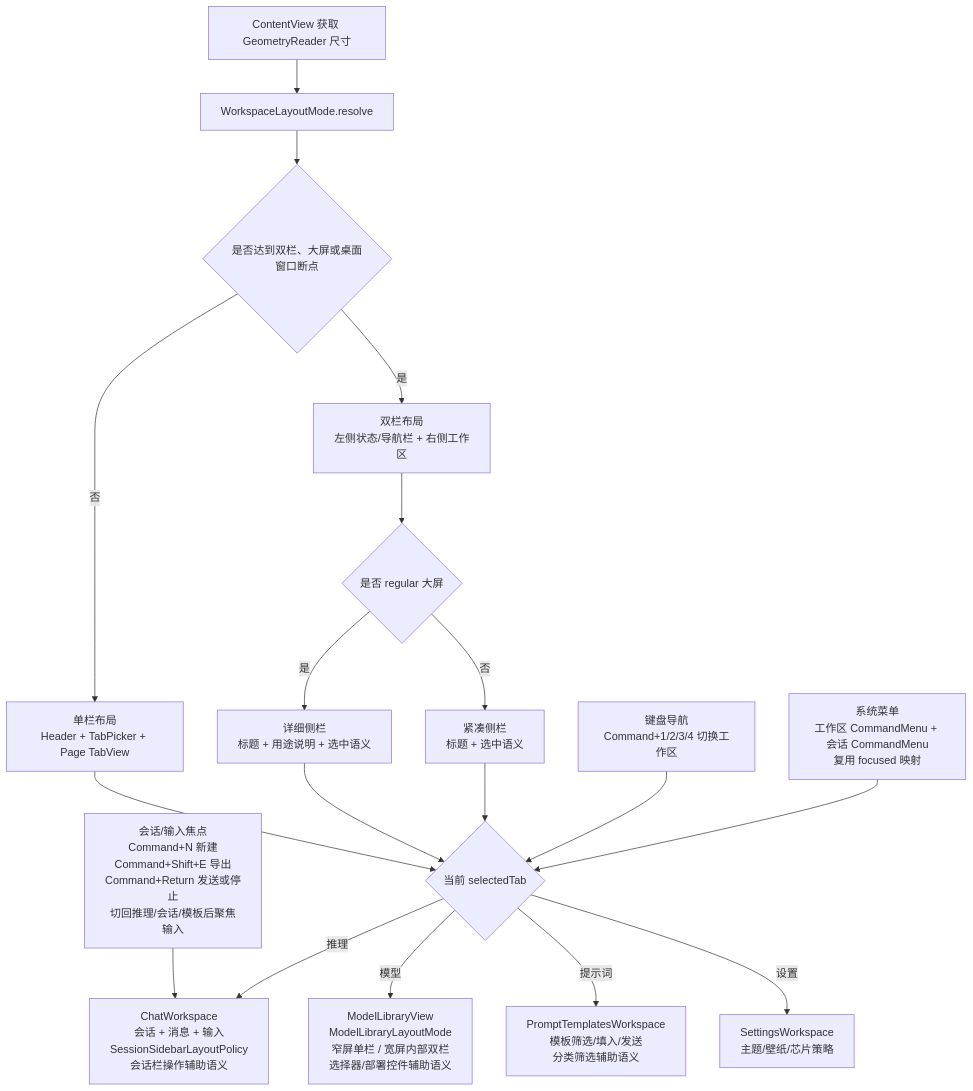
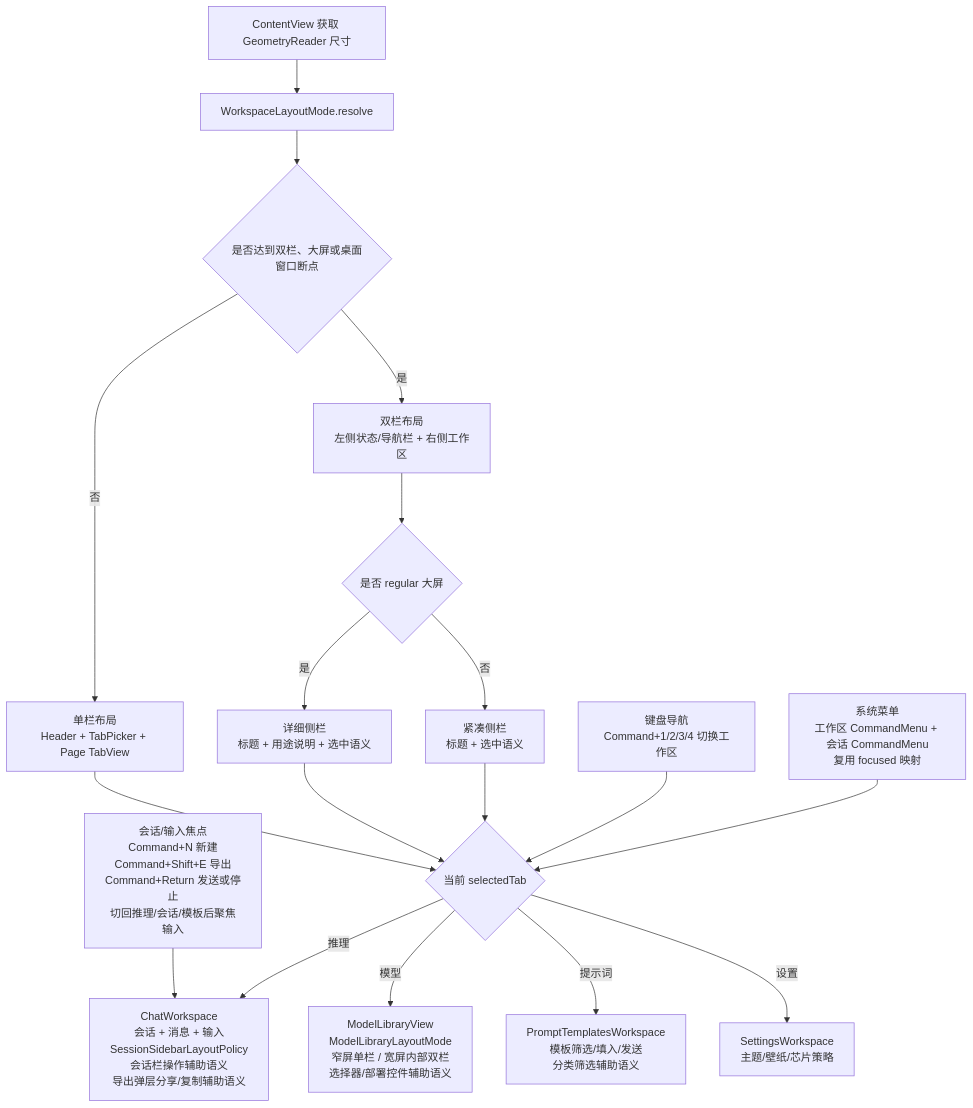
The fourth of 9 diagrams in md/flow/flowchart.md (Altman-sam114/113), drawn with Mermaid before and after one commit. The commit also changed other lines of this file and 8 other files, not shown here.

````diff
--- a/md/flow/flowchart.md
+++ b/md/flow/flowchart.md
@@ -68,20 +68,20 @@
 ```mermaid
 flowchart TD
     A[ContentView 获取 GeometryReader 尺寸] --> B[WorkspaceLayoutMode.resolve]
     B --> C{是否达到双栏、大屏或桌面窗口断点}
     C -- 否 --> D[单栏布局<br/>Header + TabPicker + Page TabView]
     C -- 是 --> E[双栏布局<br/>左侧状态/导航栏 + 右侧工作区]
     E --> N{是否 regular 大屏}
     N -- 是 --> O[详细侧栏<br/>标题 + 用途说明 + 选中语义]
     N -- 否 --> P[紧凑侧栏<br/>标题 + 选中语义]
     D --> F{当前 selectedTab}
     O --> F
     P --> F
     K[键盘导航<br/>Command+1/2/3/4 切换工作区] --> F
     M[系统菜单<br/>工作区 CommandMenu + 会话 CommandMenu<br/>复用 focused 映射] --> F
     L[会话/输入焦点<br/>Command+N 新建<br/>Command+Shift+E 导出<br/>Command+Return 发送或停止<br/>切回推理/会话/模板后聚焦输入] --> G
-    F -- 推理 --> G[ChatWorkspace<br/>会话 + 消息 + 输入<br/>SessionSidebarLayoutPolicy<br/>会话栏操作辅助语义]
+    F -- 推理 --> G[ChatWorkspace<br/>会话 + 消息 + 输入<br/>SessionSidebarLayoutPolicy<br/>会话栏操作辅助语义<br/>导出弹层分享/复制辅助语义]
     F -- 模型 --> H[ModelLibraryView<br/>ModelLibraryLayoutMode<br/>窄屏单栏 / 宽屏内部双栏<br/>选择器/部署控件辅助语义]
     F -- 提示词 --> I[PromptTemplatesWorkspace<br/>模板筛选/填入/发送<br/>分类筛选辅助语义]
     F -- 设置 --> J[SettingsWorkspace<br/>主题/壁纸/芯片策略]
 ```
````
